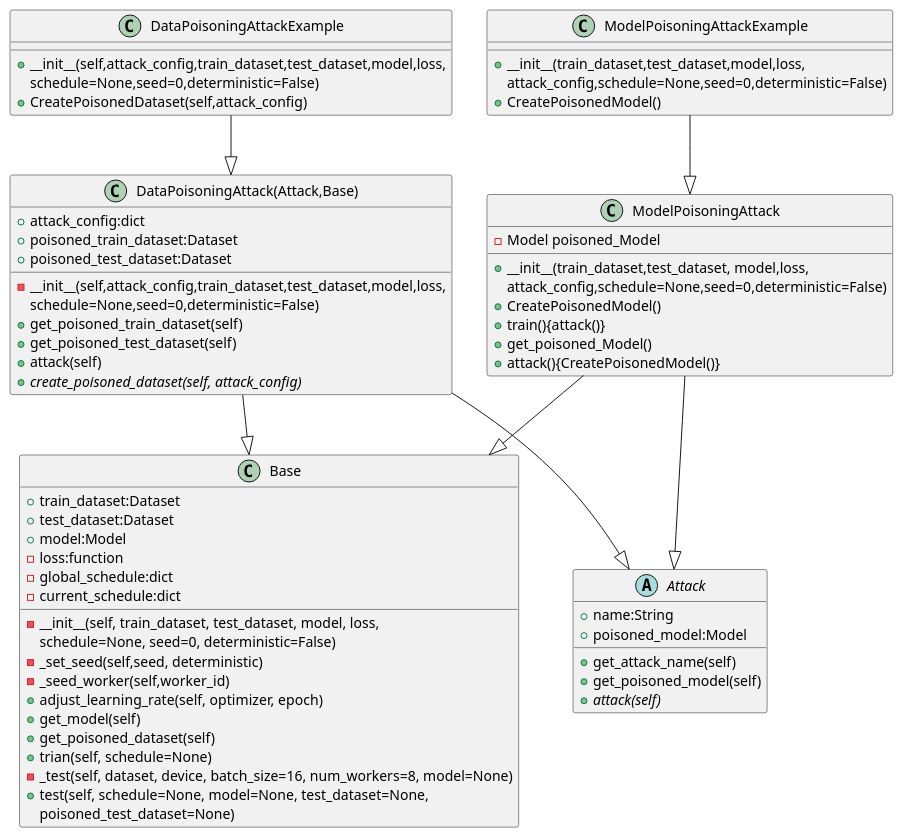
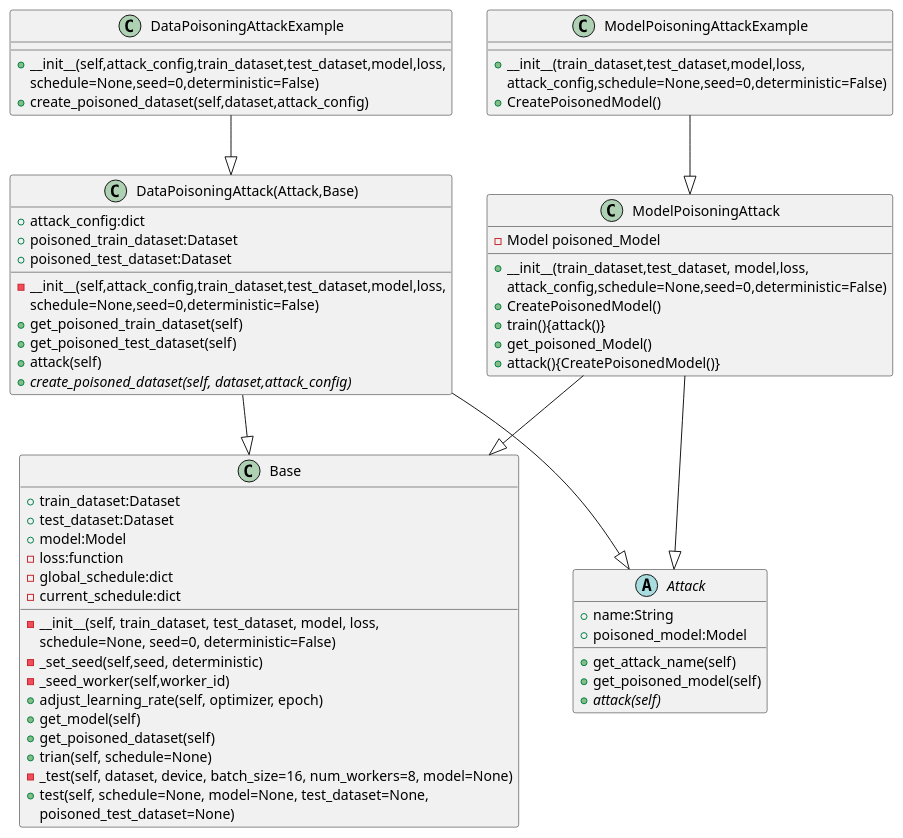
The diagram in design/attack_design.puml (QianSilence/BackdoorToolbox), drawn with PlantUML before and after one commit. The commit also changed 22 other files, not shown here.

```diff
--- a/design/attack_design.puml
+++ b/design/attack_design.puml
@@ -1,69 +1,69 @@
 @startuml
 
 class Base {
   +train_dataset:Dataset 
   +test_dataset:Dataset 
   +model:Model 
   -loss:function
   -global_schedule:dict 
   -current_schedule:dict 
 
   -__init__(self, train_dataset, test_dataset, model, loss, 
             schedule=None, seed=0, deterministic=False)
   -_set_seed(self,seed, deterministic)
   -_seed_worker(self,worker_id)
   +adjust_learning_rate(self, optimizer, epoch)
   +get_model(self)
   +get_poisoned_dataset(self)
   +trian(self, schedule=None)
   -_test(self, dataset, device, batch_size=16, num_workers=8, model=None)
   +test(self, schedule=None, model=None, test_dataset=None, 
         poisoned_test_dataset=None) 
 }
 
 abstract class Attack{
     +name:String
     +poisoned_model:Model
     +get_attack_name(self)
     +get_poisoned_model(self)
     +{abstract} attack(self)
 }
 class "DataPoisoningAttack(Attack,Base)" as DataPoisoningAttack{
   +attack_config:dict
   +poisoned_train_dataset:Dataset
   +poisoned_test_dataset:Dataset 
   -__init__(self,attack_config,train_dataset,test_dataset,model,loss,
             schedule=None,seed=0,deterministic=False)
   +get_poisoned_train_dataset(self)
   +get_poisoned_test_dataset(self)
   +attack(self)
-  +{abstract} create_poisoned_dataset(self, attack_config)
+  +{abstract} create_poisoned_dataset(self, dataset,attack_config)
 }
 
 class DataPoisoningAttackExample{
     + __init__(self,attack_config,train_dataset,test_dataset,model,loss,
                schedule=None,seed=0,deterministic=False)
-    +CreatePoisonedDataset(self,attack_config)  
+    +create_poisoned_dataset(self,dataset,attack_config)  
 }
 
 class ModelPoisoningAttack {
   -Model poisoned_Model 
   +__init__(train_dataset,test_dataset, model,loss,
             attack_config,schedule=None,seed=0,deterministic=False)
   +CreatePoisonedModel()
   +train(){attack()}
   +get_poisoned_Model()
   +attack(){CreatePoisonedModel()}
 }
 class ModelPoisoningAttackExample{   
     + __init__(train_dataset,test_dataset,model,loss,
                attack_config,schedule=None,seed=0,deterministic=False)
     +CreatePoisonedModel()
 }
 DataPoisoningAttack--|> Attack
 DataPoisoningAttack --|> Base
 DataPoisoningAttackExample --|> DataPoisoningAttack
 ModelPoisoningAttack --|> Attack
 ModelPoisoningAttack --|> Base
 ModelPoisoningAttackExample --|> ModelPoisoningAttack
 @enduml
```
